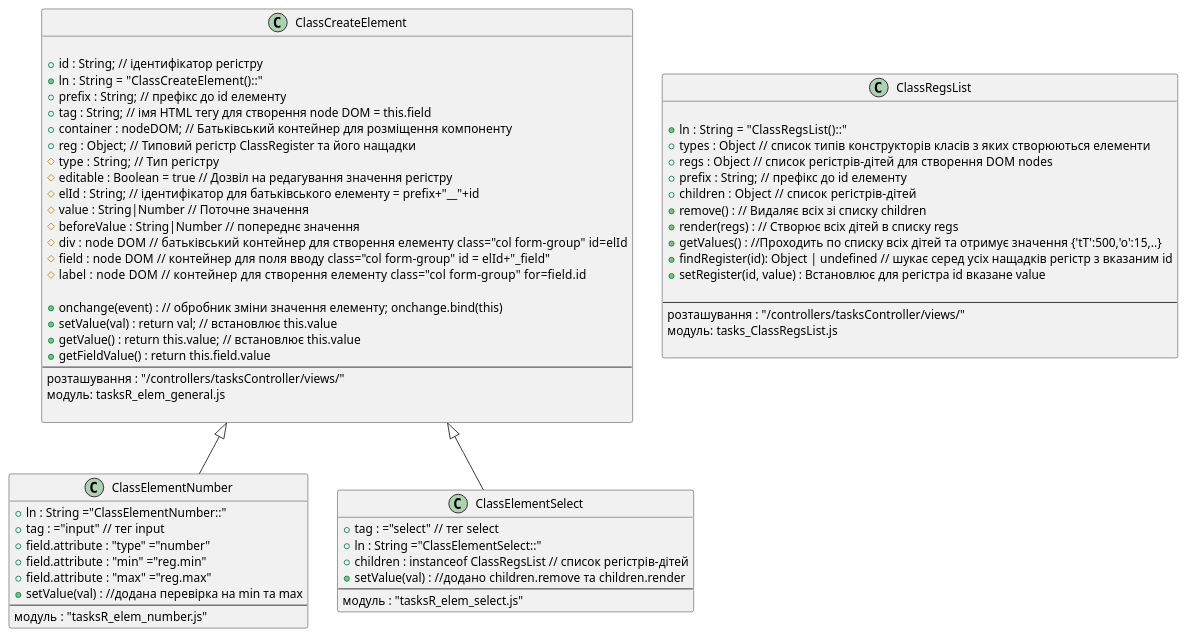
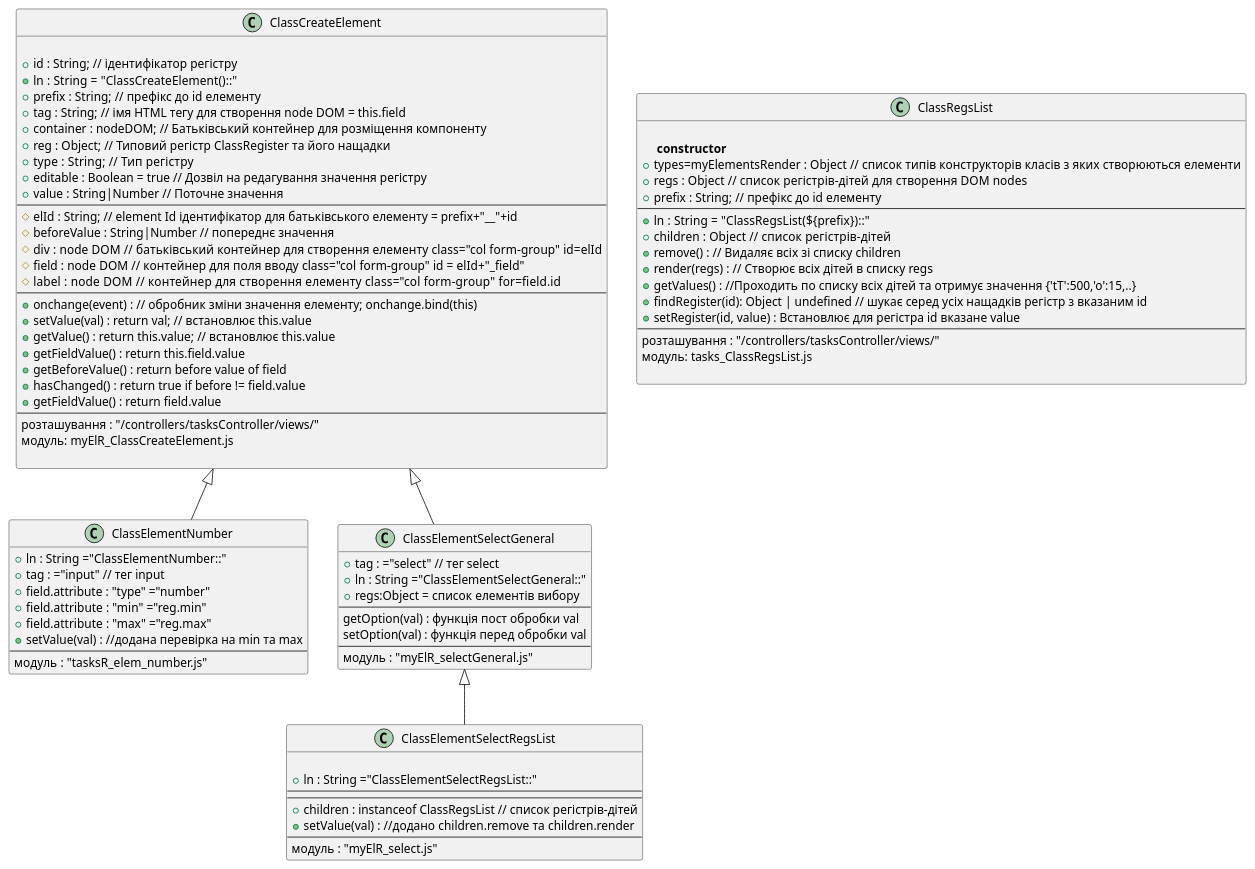
One commit to YVitalii/ASUTP2021 changed the diagram in controllers/tasksController/views/ElementsDiagram.puml. Above: the diagram before and after it, drawn with PlantUML. The commit also changed 16 other files, not shown here.

```diff
--- a/controllers/tasksController/views/ElementsDiagram.puml
+++ b/controllers/tasksController/views/ElementsDiagram.puml
@@ -1,70 +1,90 @@
 @startuml DOM_elements
 class ClassCreateElement {
     
     +id : String; // ідентифікатор регістру
     +ln : String  = "ClassCreateElement()::"
     +prefix : String; // префікс до id елементу 
     +tag : String; // імя HTML тегу для створення node DOM = this.field
     +container : nodeDOM; // Батьківський контейнер для розміщення компоненту
     +reg : Object; // Типовий регістр ClassRegister та його нащадки
-    #type :  String; // Тип регістру
-    #editable : Boolean = true // Дозвіл на редагування значення регістру
-    #elId : String; // ідентифікатор для батьківського елементу = prefix+"__"+id
-    #value : String|Number // Поточне значення
+	+type :  String; // Тип регістру
+	+editable : Boolean = true // Дозвіл на редагування значення регістру
+	+value : String|Number // Поточне значення
+	---
+    #elId : String; // element Id ідентифікатор для батьківського елементу = prefix+"__"+id
     #beforeValue : String|Number // попереднє значення
     #div : node DOM   // батьківський контейнер для створення елементу class="col form-group" id=elId
     #field : node DOM  // контейнер для поля вводу class="col form-group" id = elId+"_field"
     #label : node DOM   // контейнер для створення елементу   class="col form-group" for=field.id
-     
+    ---
     +onchange(event) : // обробник зміни значення елементу; onchange.bind(this)
     +setValue(val) : return val; // встановлює this.value
     +getValue() : return this.value; // встановлює this.value
     +getFieldValue() : return this.field.value
+	+getBeforeValue() : return before value of field
+	+hasChanged() : return true if before != field.value
+	+getFieldValue() : return field.value
     ---
     розташування : "/controllers/tasksController/views/"
-    модуль: tasksR_elem_general.js 
+    модуль: myElR_ClassCreateElement.js 
     
 }
+
 class ClassElementNumber {
     +ln : String ="ClassElementNumber::"
     +tag : ="input" // тег input
     +field.attribute : "type" ="number"
     +field.attribute : "min" ="reg.min"
     +field.attribute : "max" ="reg.max"
     +setValue(val) : //додана перевірка на min та max
     ---
     модуль : "tasksR_elem_number.js" 
 }
 ClassCreateElement <|-- ClassElementNumber
 
-class ClassElementSelect {
+class ClassElementSelectGeneral {
     +tag : ="select" // тег select
-    +ln : String ="ClassElementSelect::"
+    +ln : String ="ClassElementSelectGeneral::"
+    +regs:Object = список елементів вибору
+    ---
+	getOption(val) : функція пост обробки val
+	setOption(val) : функція перед обробки val
+	---
+    модуль : "myElR_selectGeneral.js" 
+}
+ClassCreateElement <|-- ClassElementSelectGeneral
+
+class ClassElementSelectRegsList {
+    
+    +ln : String ="ClassElementSelectRegsList::"
+	---
+	---
     +children : instanceof ClassRegsList // список регістрів-дітей 
     +setValue(val) : //додано children.remove та children.render
     ---
-    модуль : "tasksR_elem_select.js" 
+    модуль : "myElR_select.js" 
 }
-ClassCreateElement <|-- ClassElementSelect
+ClassElementSelectGeneral <|-- ClassElementSelectRegsList
 
 
 class ClassRegsList {
     
-    +ln : String  = "ClassRegsList()::"
-    +types : Object // список типів конструкторів класів  з яких створюються елементи 
+    ** constructor **
+    +types=myElementsRender : Object // список типів конструкторів класів  з яких створюються елементи 
     +regs  : Object // список регістрів-дітей для створення DOM nodes
     +prefix : String; // префікс до id елементу 
+	---
+	+ln : String  = "ClassRegsList(${prefix})::"
     +children :  Object // список регістрів-дітей
     +remove() : // Видаляє всіх зі списку children
     +render(regs) : // Створює всіх дітей в списку regs
     +getValues() : //Проходить по списку всіх дітей та отримує значення {'tT':500,'o':15,..}
     +findRegister(id): Object | undefined // шукає серед усіх нащадків регістр з вказаним id
     +setRegister(id, value) : Встановлює для регістра id вказане value 
-
     ---
     розташування : "/controllers/tasksController/views/"
     модуль: tasks_ClassRegsList.js 
     
 }
 
 @enduml
```
